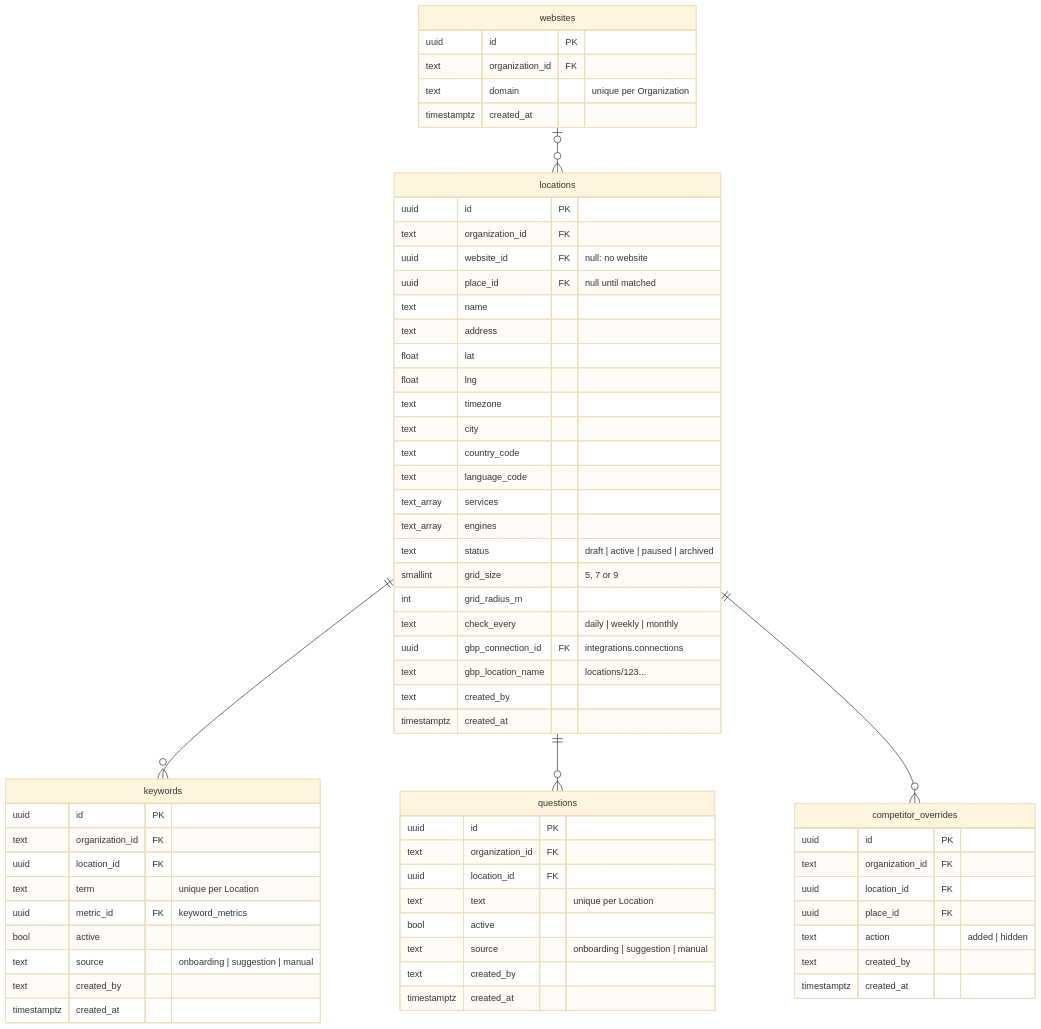
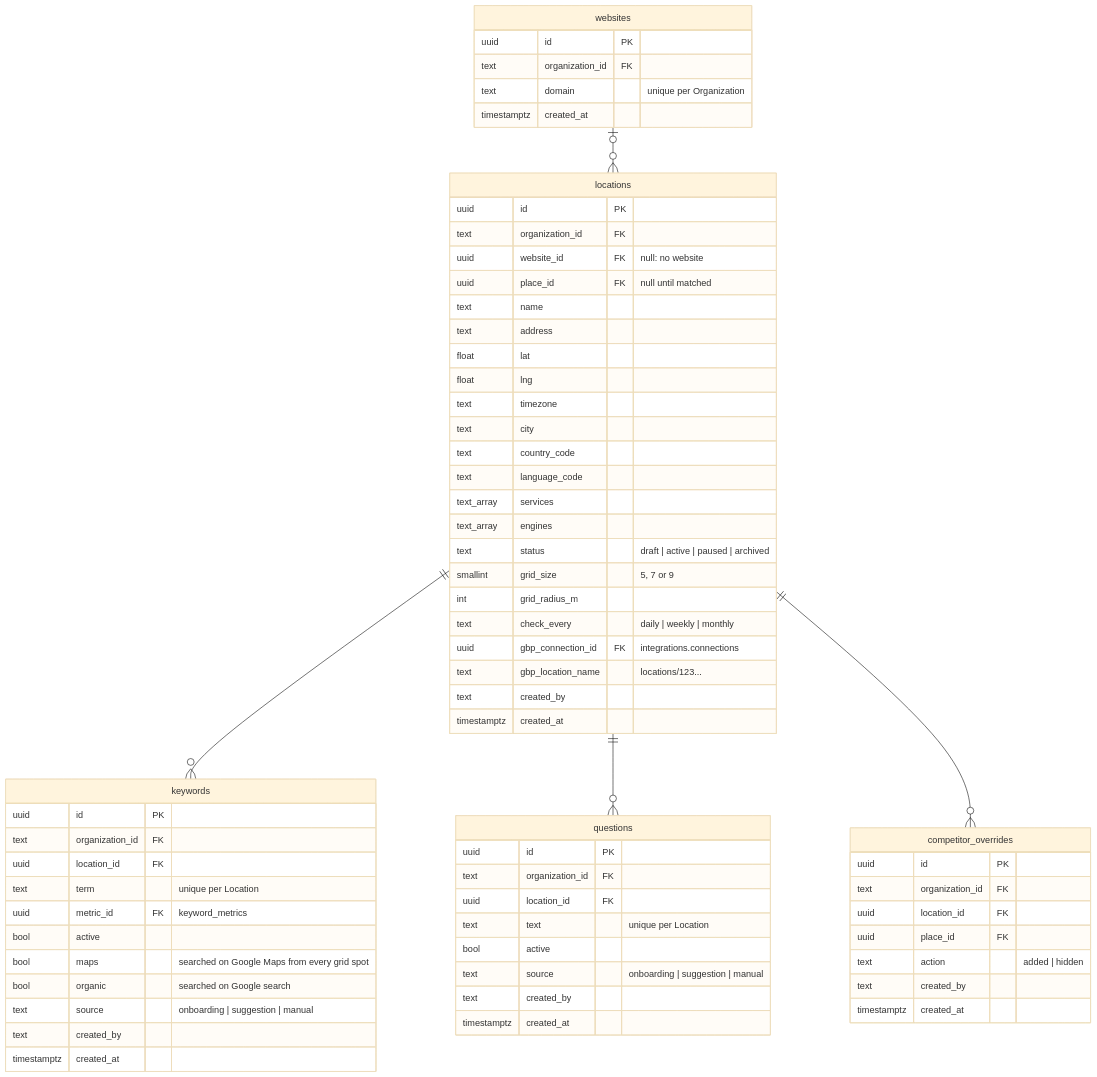
Before and after one commit to azizali/openmarko: the third of 9 diagrams in docs/features/seo/data-model.md, drawn with Mermaid (base theme). The commit also changed 46 other files, not shown here.

````diff
--- a/docs/features/seo/data-model.md
+++ b/docs/features/seo/data-model.md
@@ -140,68 +140,70 @@
 ```mermaid
 erDiagram
     websites |o--o{ locations : ""
     locations ||--o{ keywords : ""
     locations ||--o{ questions : ""
     locations ||--o{ competitor_overrides : ""
 
     websites {
         uuid id PK
         text organization_id FK
         text domain "unique per Organization"
         timestamptz created_at
     }
     locations {
         uuid id PK
         text organization_id FK
         uuid website_id FK "null: no website"
         uuid place_id FK "null until matched"
         text name
         text address
         float lat
         float lng
         text timezone
         text city
         text country_code
         text language_code
         text_array services
         text_array engines
         text status "draft | active | paused | archived"
         smallint grid_size "5, 7 or 9"
         int grid_radius_m
         text check_every "daily | weekly | monthly"
         uuid gbp_connection_id FK "integrations.connections"
         text gbp_location_name "locations/123..."
         text created_by
         timestamptz created_at
     }
     keywords {
         uuid id PK
         text organization_id FK
         uuid location_id FK
         text term "unique per Location"
         uuid metric_id FK "keyword_metrics"
         bool active
+        bool maps "searched on Google Maps from every grid spot"
+        bool organic "searched on Google search"
         text source "onboarding | suggestion | manual"
         text created_by
         timestamptz created_at
     }
     questions {
         uuid id PK
         text organization_id FK
         uuid location_id FK
         text text "unique per Location"
         bool active
         text source "onboarding | suggestion | manual"
         text created_by
         timestamptz created_at
     }
     competitor_overrides {
         uuid id PK
         text organization_id FK
         uuid location_id FK
         uuid place_id FK
         text action "added | hidden"
         text created_by
         timestamptz created_at
     }
 ```
````
